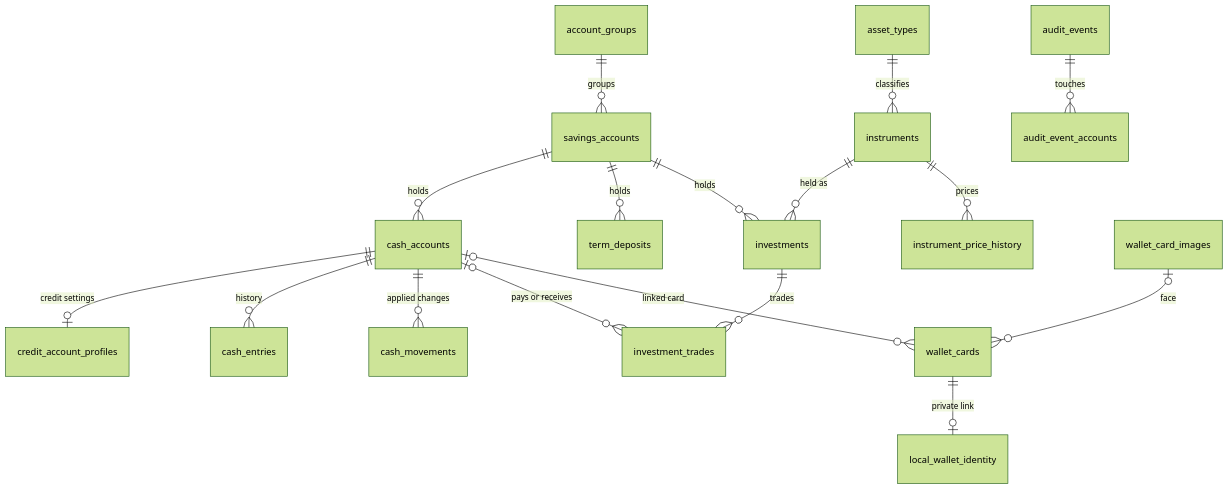
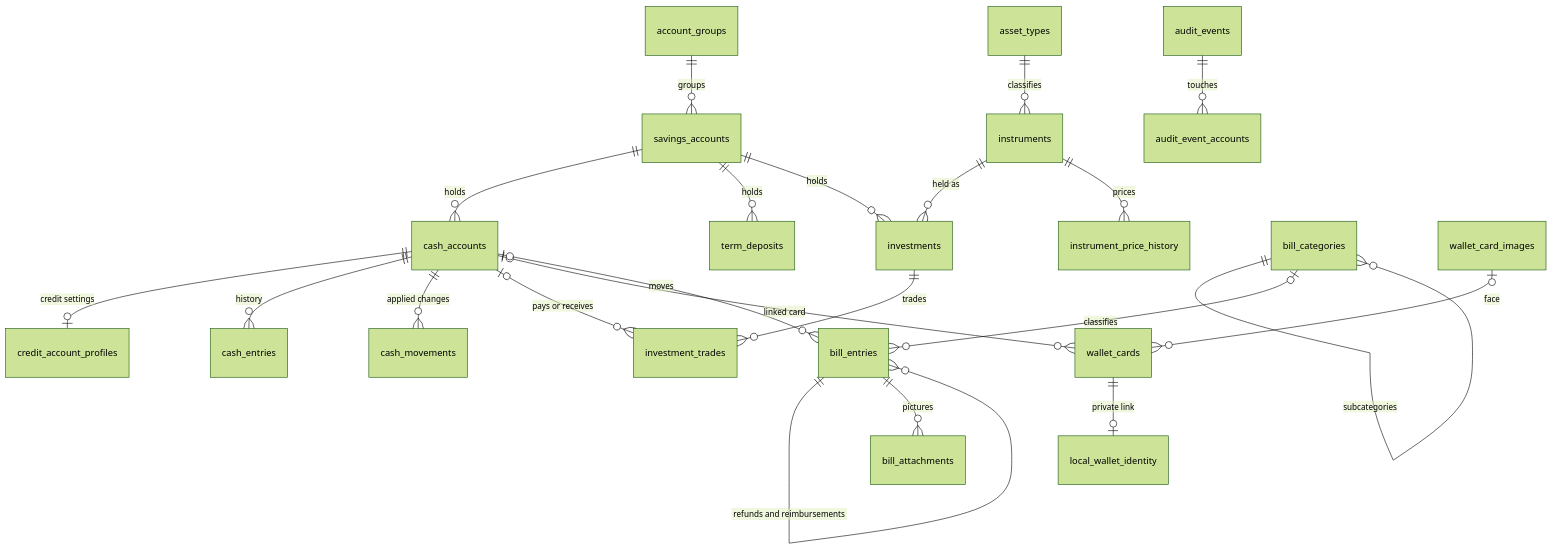
Before and after one commit to LuoIsHere/Valnook: the diagram in docs/DATABASE.md, drawn with Mermaid (forest theme). The commit also changed other lines of this file and 10 other files, not shown here.

````diff
--- a/docs/DATABASE.md
+++ b/docs/DATABASE.md
@@ -37,19 +40,24 @@
 ```mermaid
 erDiagram
     account_groups ||--o{ savings_accounts : groups
     savings_accounts ||--o{ cash_accounts : holds
     savings_accounts ||--o{ term_deposits : holds
     savings_accounts ||--o{ investments : holds
     cash_accounts ||--o| credit_account_profiles : "credit settings"
     cash_accounts ||--o{ cash_entries : "history"
     cash_accounts ||--o{ cash_movements : "applied changes"
     asset_types ||--o{ instruments : classifies
     instruments ||--o{ investments : "held as"
     instruments ||--o{ instrument_price_history : prices
     investments ||--o{ investment_trades : trades
     cash_accounts |o--o{ investment_trades : "pays or receives"
     cash_accounts |o--o{ wallet_cards : "linked card"
+    cash_accounts |o--o{ bill_entries : "moves"
+    bill_categories ||--o{ bill_categories : subcategories
+    bill_categories |o--o{ bill_entries : classifies
+    bill_entries ||--o{ bill_entries : "refunds and reimbursements"
+    bill_entries ||--o{ bill_attachments : pictures
     wallet_card_images |o--o{ wallet_cards : "face"
     wallet_cards ||--o| local_wallet_identity : "private link"
     audit_events ||--o{ audit_event_accounts : touches
 ```
````
